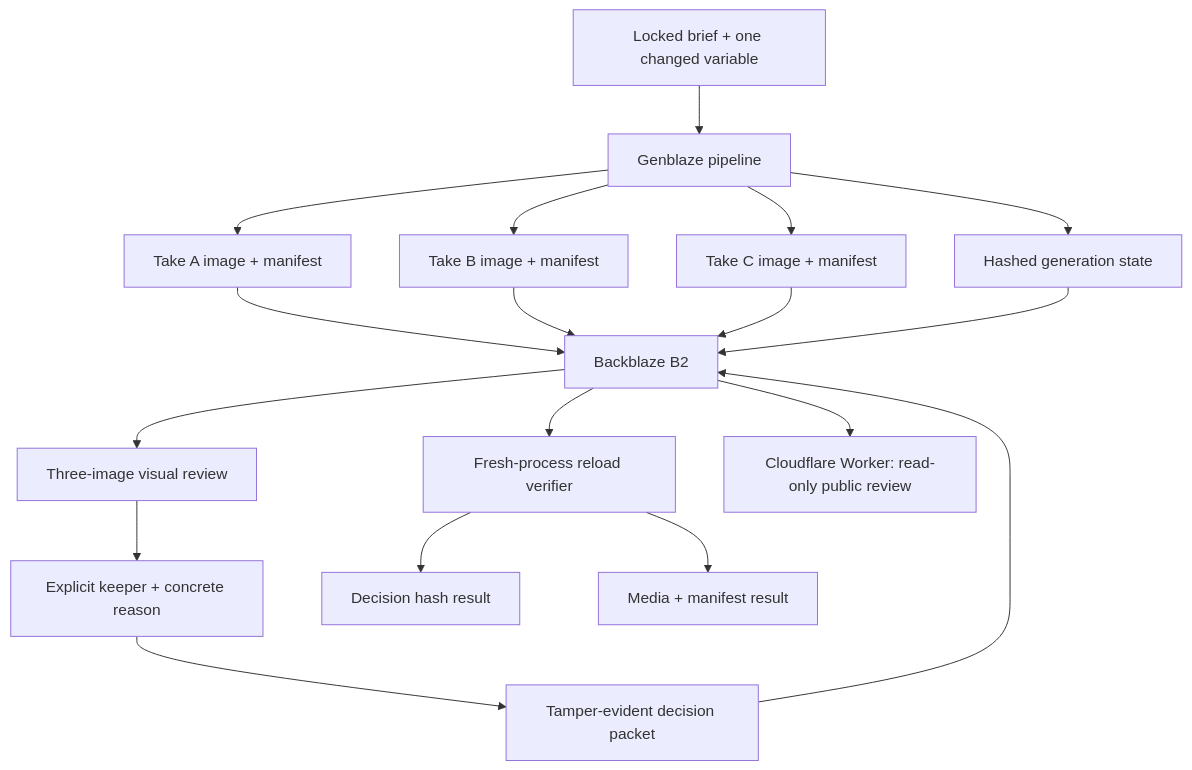
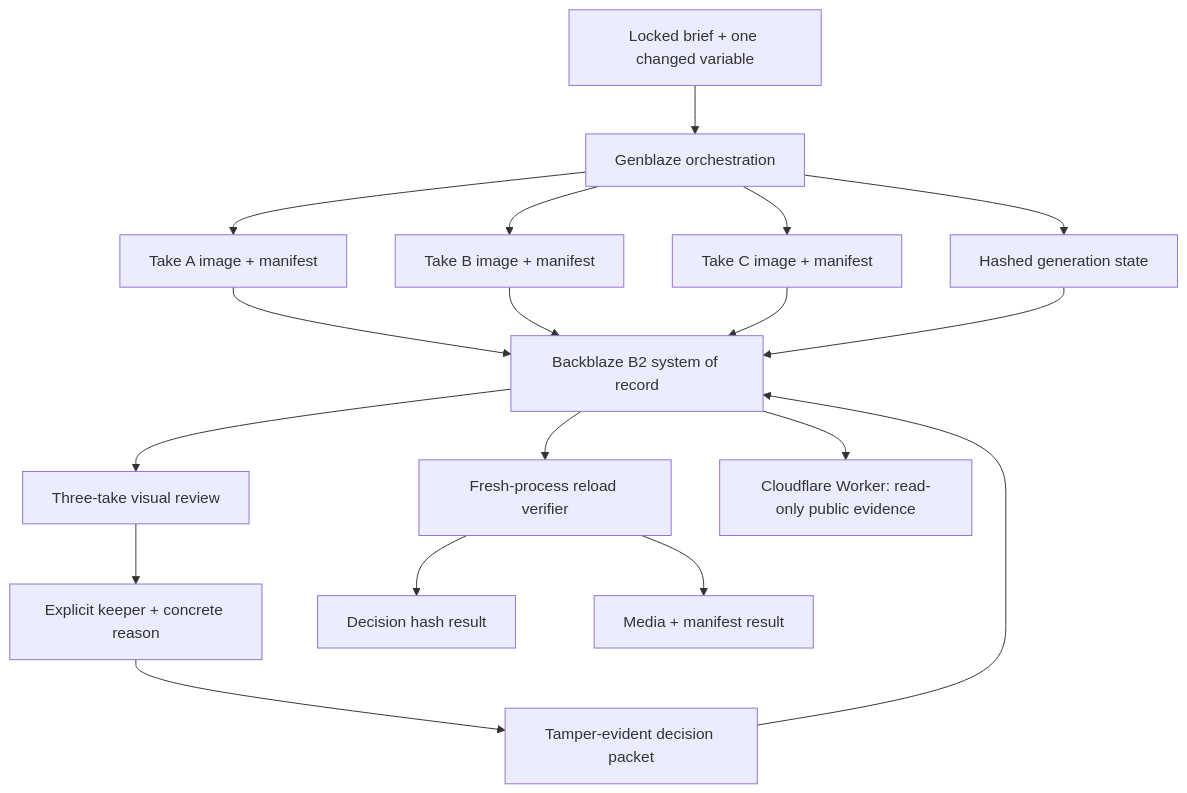
One commit to Peanuts1605/shot-ledger changed the diagram in docs/ARCHITECTURE.md. Above: the diagram before and after it, drawn with Mermaid. The commit also changed other lines of this file and 6 other files, not shown here.

````diff
--- a/docs/ARCHITECTURE.md
+++ b/docs/ARCHITECTURE.md
@@ -6,20 +6,20 @@
 ```mermaid
 flowchart TD
-    A["Locked brief + one changed variable"] --> B["Genblaze pipeline"]
+    A["Locked brief + one changed variable"] --> B["Genblaze orchestration"]
     B --> C1["Take A image + manifest"]
     B --> C2["Take B image + manifest"]
     B --> C3["Take C image + manifest"]
-    C1 --> D["Backblaze B2"]
+    C1 --> D["Backblaze B2 system of record"]
     C2 --> D
     C3 --> D
     B --> E["Hashed generation state"]
     E --> D
-    D --> F["Three-image visual review"]
+    D --> F["Three-take visual review"]
     F --> G["Explicit keeper + concrete reason"]
     G --> H["Tamper-evident decision packet"]
     H --> D
     D --> I["Fresh-process reload verifier"]
     I --> J["Decision hash result"]
     I --> K["Media + manifest result"]
-    D --> L["Cloudflare Worker: read-only public review"]
+    D --> L["Cloudflare Worker: read-only public evidence"]
 ```
````
